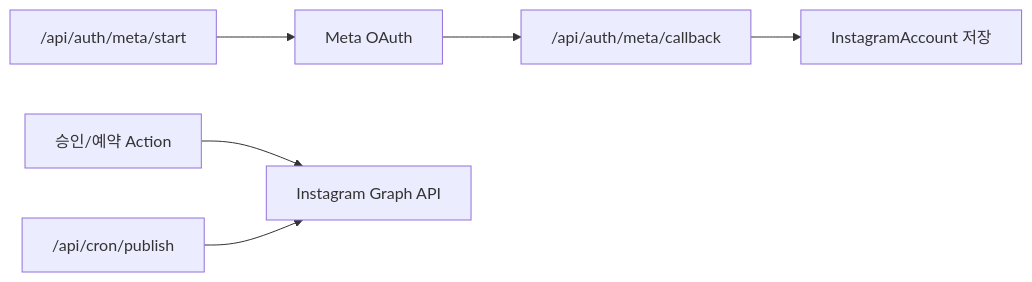
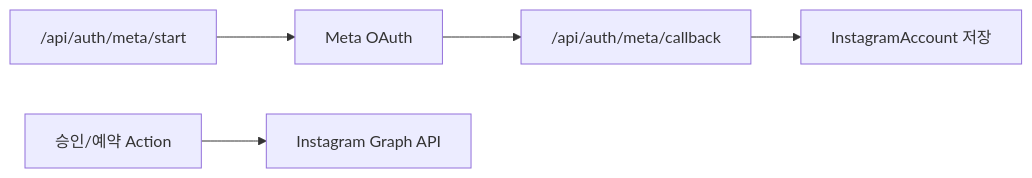
One commit to MCuffs/snsagent changed the seventh of 7 diagrams in SYSTEM_ARCHITECTURE.md. Above: the diagram before and after it, drawn with Mermaid. The commit also changed other lines of this file and 33 other files, not shown here.

````diff
--- a/SYSTEM_ARCHITECTURE.md
+++ b/SYSTEM_ARCHITECTURE.md
@@ -214,8 +207,7 @@
 ```mermaid
 flowchart LR
     MetaStart["/api/auth/meta/start"] --> Meta["Meta OAuth"]
     Meta --> MetaCallback["/api/auth/meta/callback"]
     MetaCallback --> Account["InstagramAccount 저장"]
     PostAction["승인/예약 Action"] --> Instagram["Instagram Graph API"]
-    Cron["/api/cron/publish"] --> Instagram
 ```
````
